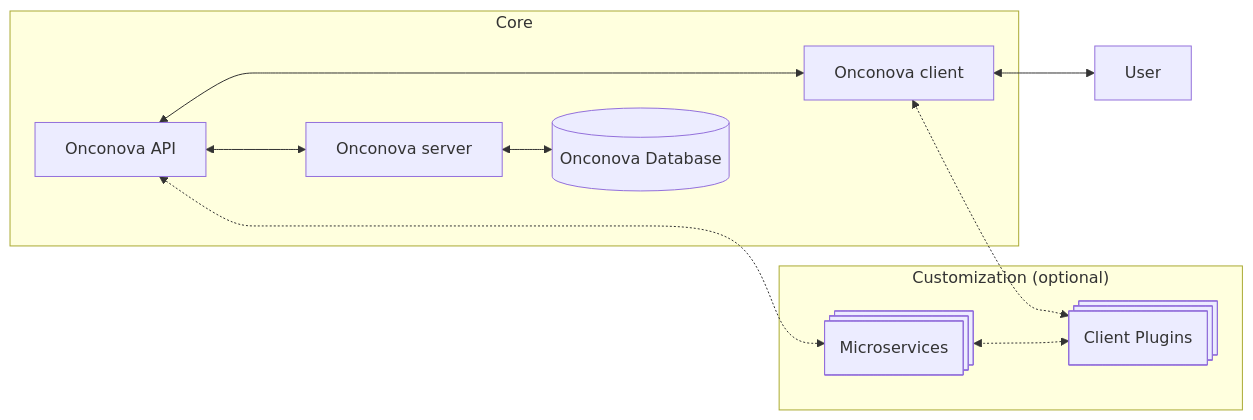
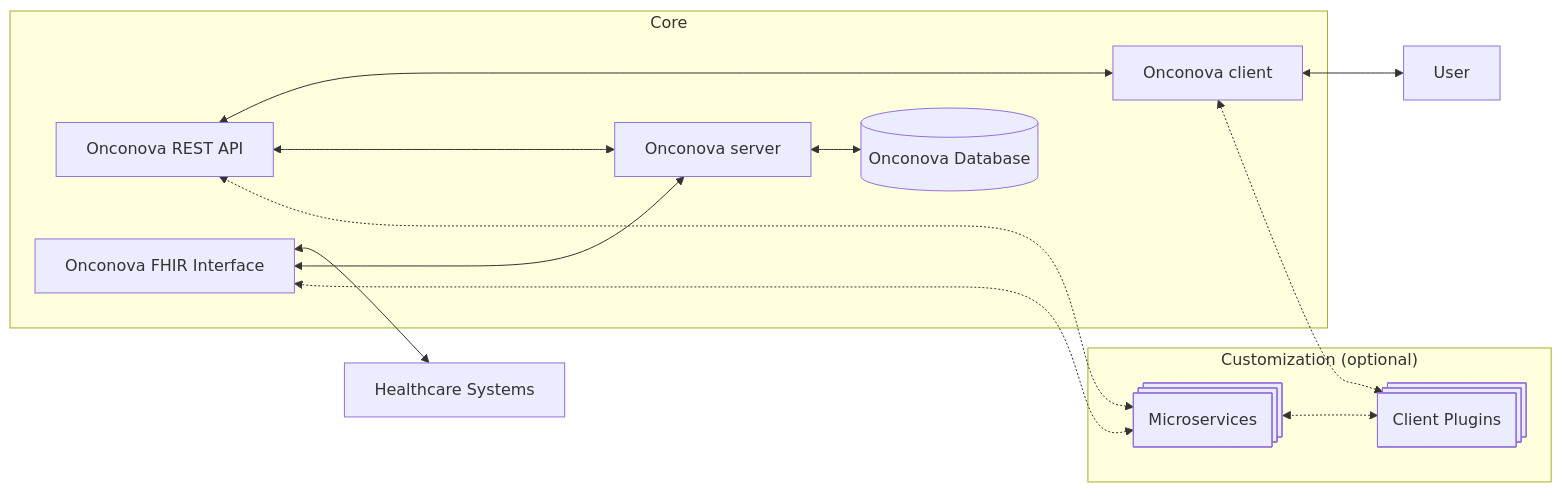
Before and after one commit to onconova/onconova: the first of 2 diagrams in docs/src/guide/about.md, drawn with Mermaid. The commit also changed other lines of this file and 5 other files, not shown here.

Commit message:
feat: add FHIR interface documentation and enhance API overview

````diff
--- a/docs/src/guide/about.md
+++ b/docs/src/guide/about.md
@@ -35,24 +37,29 @@
 ```mermaid
 flowchart RL
     subgraph "Core" 
         server[Onconova server]
         client[Onconova client]
         db[(Onconova Database)]
-    api[Onconova API] 
+        api[Onconova REST API] 
+        fhir[Onconova FHIR Interface]
     end
     user[User]
+    healthcare[Healthcare Systems]
     subgraph "Customization (optional)" 
         microservices@{ shape: processes, label: "Microservices" }
         plugins@{ shape: processes, label: "Client Plugins" }
     end
 
     user <--> client
+    healthcare <--> fhir
 
     client <-----> api
     server <---> api
+    server <---> fhir
     db <--> server
 
     microservices <.-> api
+    microservices <.-> fhir
     plugins <.-> client
     plugins <.-> microservices
 ```
````
